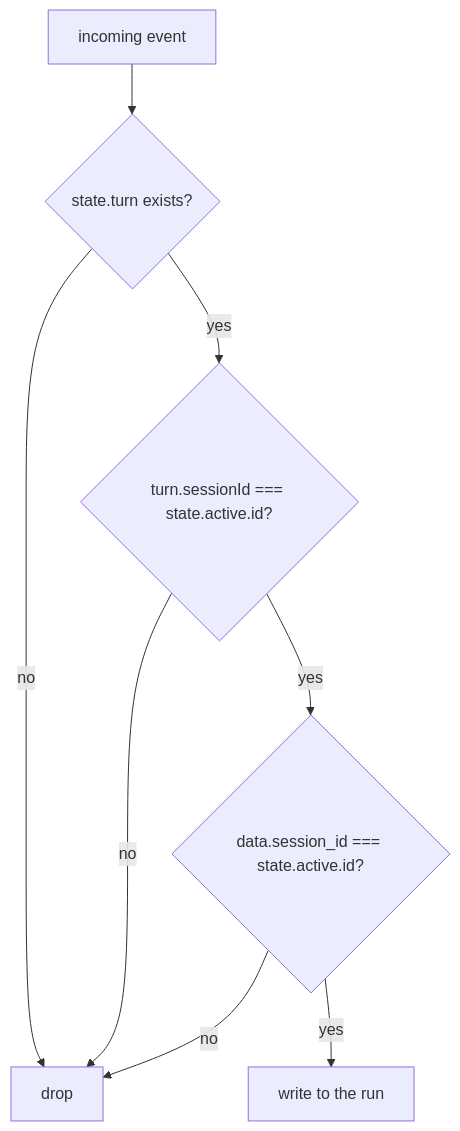
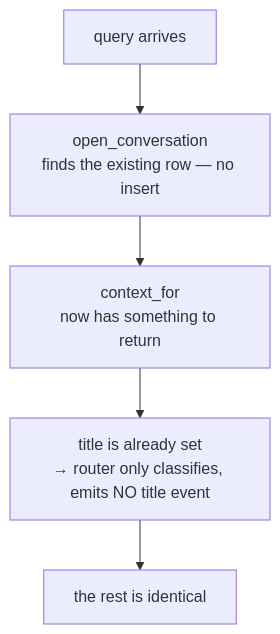
One commit to selvakumarperumal/Corporate_Filing_Analyzer_Agent changed the ninth of 20 diagrams in docs/FRONTEND-SOCKETIO.md. Above: the diagram before and after it, drawn with Mermaid. The commit also changed other lines of this file and 3 other files, not shown here.

````diff
--- a/docs/FRONTEND-SOCKETIO.md
+++ b/docs/FRONTEND-SOCKETIO.md
@@ -879,10 +787,7 @@
 ```mermaid
 flowchart TD
-  E["incoming event"] --> A{"state.turn exists?"}
-  A -- no --> D["drop"]
-  A -- yes --> B{"turn.sessionId === state.active.id?"}
-  B -- no --> D
-  B -- yes --> C{"data.session_id === state.active.id?"}
-  C -- no --> D
-  C -- yes --> W["write to the run"]
+  A["query arrives"] --> B["open_conversation<br/>finds the existing row — no insert"]
+  B --> C["context_for<br/>now has something to return"]
+  C --> D["title is already set<br/>→ router only classifies, emits NO title event"]
+  D --> E["the rest is identical"]
 ```
````
